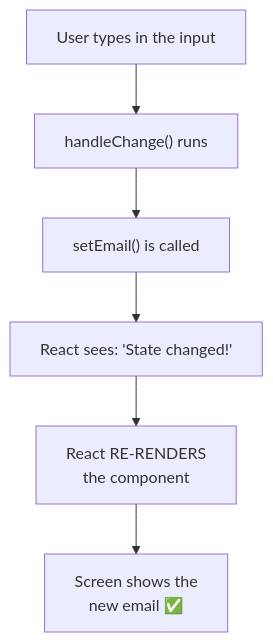
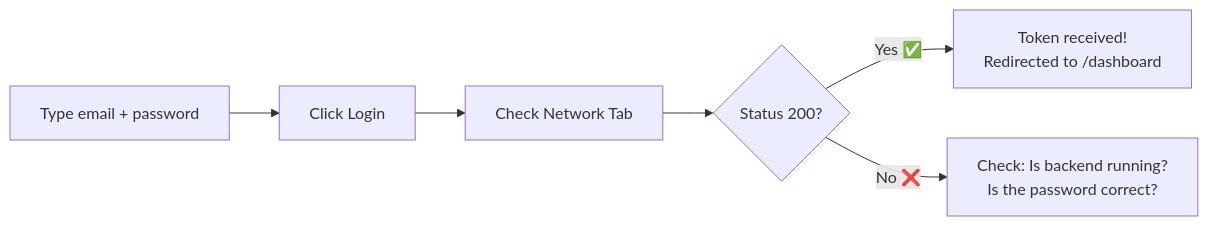
The fourth of 10 diagrams in frontend/README.md (Nimsika-Bosilu/designHer_2.0-Student-Attendance-Management-System), drawn with Mermaid before and after one commit. The commit also changed other lines of this file, not shown here.

Commit message:
docs: add frontend implementation guide and architectural documentation for React integration

````diff
--- a/frontend/README.md
+++ b/frontend/README.md
@@ -183,8 +244,8 @@
 ```mermaid
-flowchart TD
-    A["User types in the input"] --> B["handleChange() runs"]
-    B --> C["setEmail() is called"]
-    C --> D["React sees: 'State changed!'"]
-    D --> E["React RE-RENDERS\nthe component"]
-    E --> F["Screen shows the\nnew email ✅"]
+flowchart LR
+    A["Type email + password"] --> B["Click Login"]
+    B --> C["Check Network Tab"]
+    C --> D{"Status 200?"}
+    D -->|"Yes ✅"| E["Token received!\nRedirected to /dashboard"]
+    D -->|"No ❌"| F["Check: Is backend running?\nIs the password correct?"]
 ```
````
